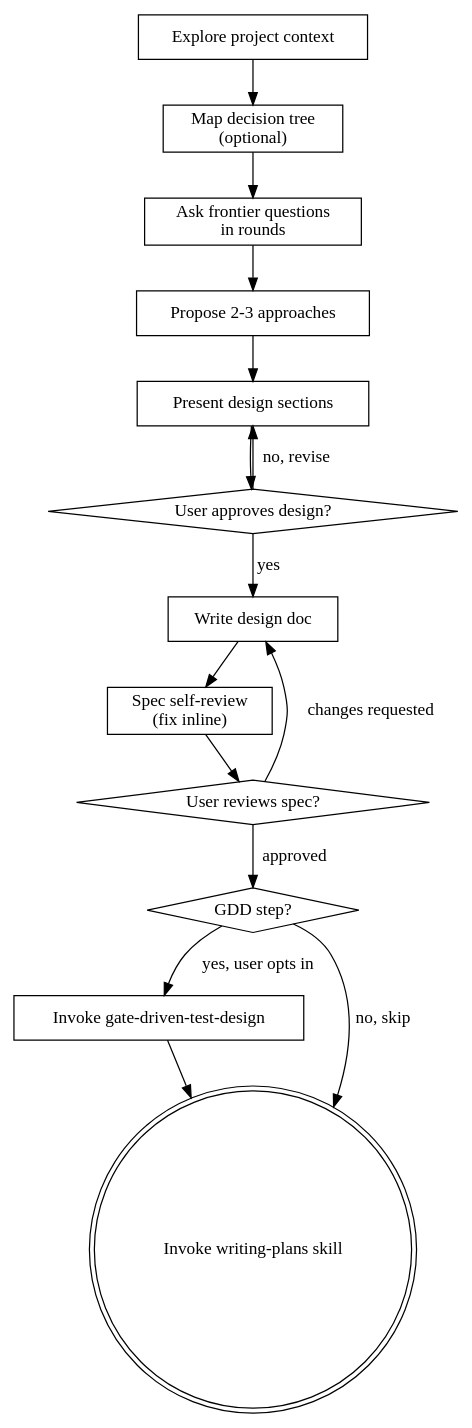
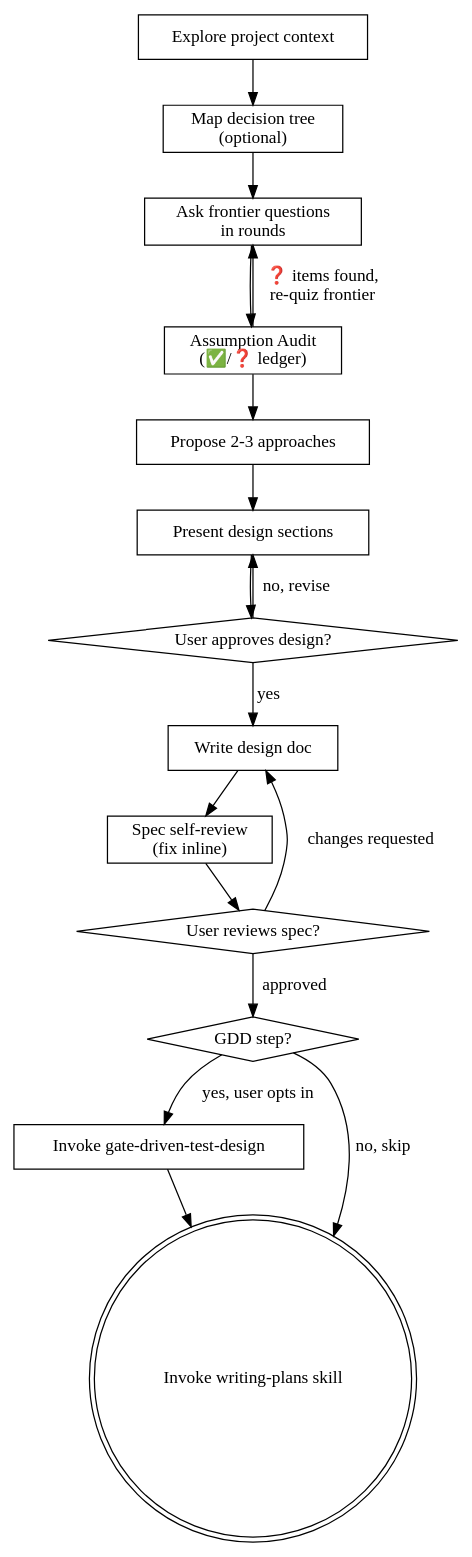
Before and after one commit to evanfang0054/superpowers: the diagram in skills/brainstorming/SKILL.md, drawn with Graphviz. The commit also changed other lines of this file and 2 other files, not shown here.

````diff
--- a/skills/brainstorming/SKILL.md
+++ b/skills/brainstorming/SKILL.md
@@ -40,31 +41,34 @@
 ```dot
 digraph brainstorming {
     "Explore project context" [shape=box];
     "Map decision tree\n(optional)" [shape=box];
     "Ask frontier questions\nin rounds" [shape=box];
+    "Assumption Audit\n(✅/❓ ledger)" [shape=box];
     "Propose 2-3 approaches" [shape=box];
     "Present design sections" [shape=box];
     "User approves design?" [shape=diamond];
     "Write design doc" [shape=box];
     "Spec self-review\n(fix inline)" [shape=box];
     "User reviews spec?" [shape=diamond];
     "GDD step?" [shape=diamond];
     "Invoke gate-driven-test-design" [shape=box];
     "Invoke writing-plans skill" [shape=doublecircle];
 
     "Explore project context" -> "Map decision tree\n(optional)";
     "Map decision tree\n(optional)" -> "Ask frontier questions\nin rounds";
-    "Ask frontier questions\nin rounds" -> "Propose 2-3 approaches";
+    "Ask frontier questions\nin rounds" -> "Assumption Audit\n(✅/❓ ledger)";
+    "Assumption Audit\n(✅/❓ ledger)" -> "Propose 2-3 approaches";
+    "Assumption Audit\n(✅/❓ ledger)" -> "Ask frontier questions\nin rounds" [label="❓ items found,\nre-quiz frontier"];
     "Propose 2-3 approaches" -> "Present design sections";
     "Present design sections" -> "User approves design?";
     "User approves design?" -> "Present design sections" [label="no, revise"];
     "User approves design?" -> "Write design doc" [label="yes"];
     "Write design doc" -> "Spec self-review\n(fix inline)";
     "Spec self-review\n(fix inline)" -> "User reviews spec?";
     "User reviews spec?" -> "Write design doc" [label="changes requested"];
     "User reviews spec?" -> "GDD step?" [label="approved"];
     "GDD step?" -> "Invoke gate-driven-test-design" [label="yes, user opts in"];
     "GDD step?" -> "Invoke writing-plans skill" [label="no, skip"];
     "Invoke gate-driven-test-design" -> "Invoke writing-plans skill";
 }
 ```
````
